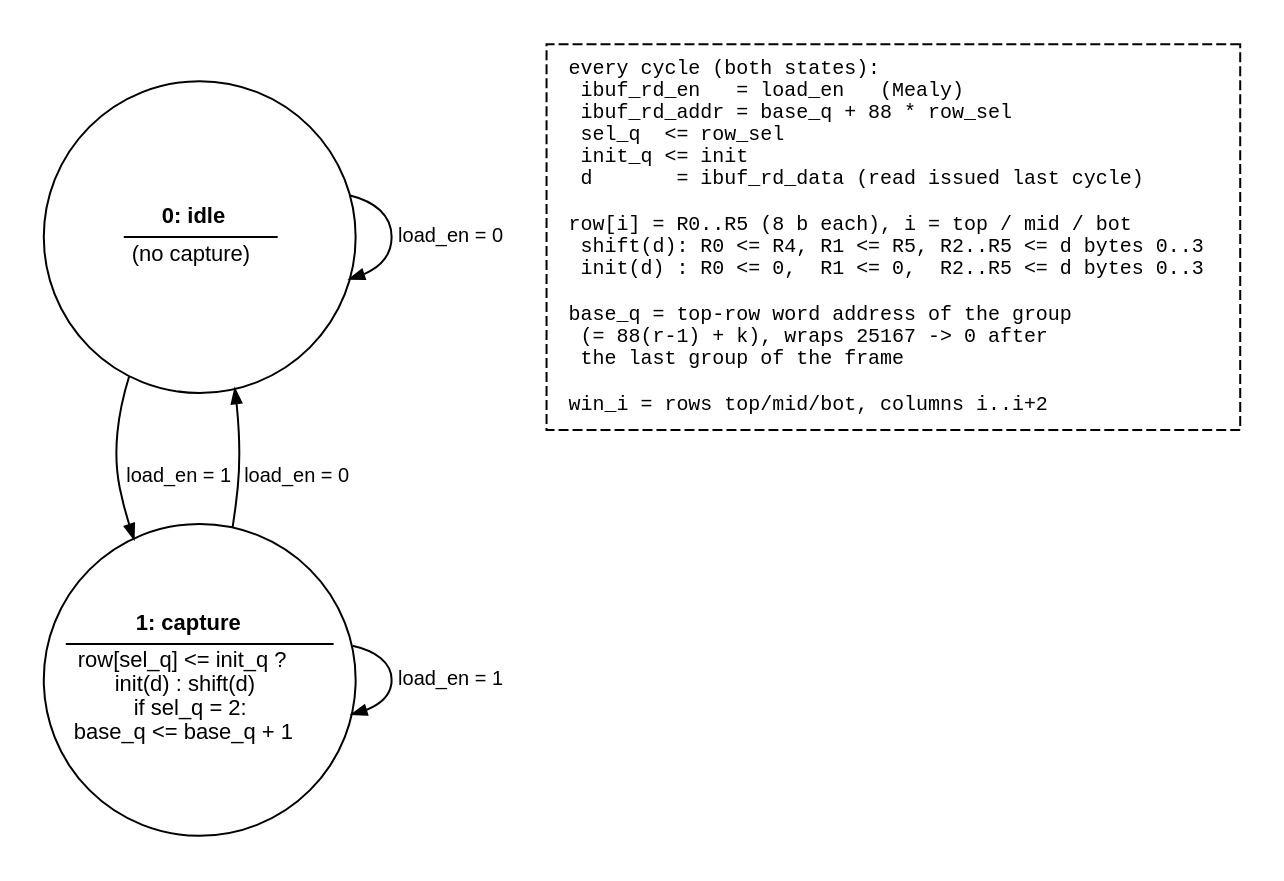
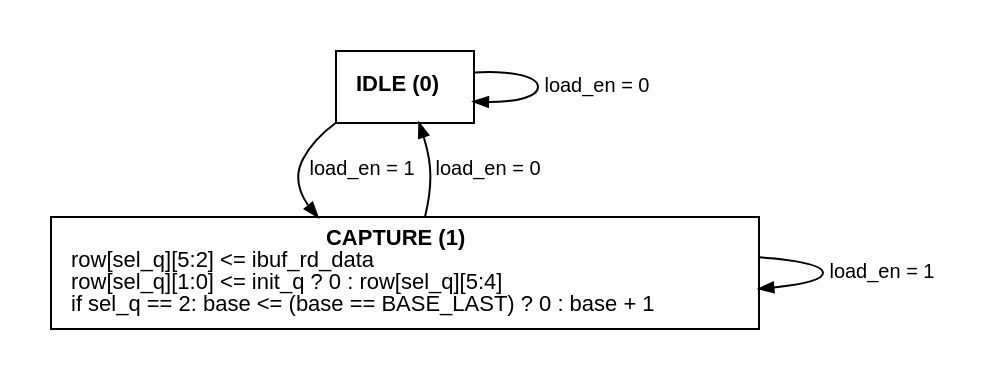
Before and after one commit to denizlg24/02203_assignement_2: the diagram in report/figures/loader_fsm.dot, drawn with Graphviz. The commit also changed 25 other files, not shown here.

Commit message:
re-make figures after zero row removal

```diff
--- a/report/figures/loader_fsm.dot
+++ b/report/figures/loader_fsm.dot
@@ -1,15 +1,11 @@
 digraph loader_fsm {
-    graph [bgcolor="white", splines=true, outputorder=nodesfirst, pad=0.2];
-    node [shape=circle, fixedsize=true, width=2.167, fontname="Helvetica", fontsize=11];
+    graph [bgcolor="white", rankdir=TB, pad=0.25, nodesep=0.45, ranksep=0.5];
+    node [fontname="Helvetica", fontsize=11, margin="0.14,0.09"];
     edge [fontname="Helvetica", fontsize=10, arrowsize=0.7];
-
-    // Moore outputs (=) and register transfers (<=) below the divider
-    s0 [label=<<TABLE BORDER="0" CELLBORDER="0" CELLSPACING="2"><TR><TD><B>0: idle</B></TD></TR><HR/><TR><TD>(no capture)</TD></TR></TABLE>>, pos="0.0,388.0"];
-    s1 [label=<<TABLE BORDER="0" CELLBORDER="0" CELLSPACING="2"><TR><TD><B>1: capture</B></TD></TR><HR/><TR><TD>row[sel_q] &lt;= init_q ?<BR/>init(d) : shift(d)<BR/>if sel_q = 2:<BR/>base_q &lt;= base_q + 1</TD></TR></TABLE>>, pos="0.0,118.0"];
-    note0 [shape=box, fixedsize=false, style=dashed, fontsize=10, fontname="Courier", margin="0.15,0.1", label="every cycle (both states):\l  ibuf_rd_en   = load_en   (Mealy)\l  ibuf_rd_addr = base_q + 88 * row_sel\l  sel_q  <= row_sel\l  init_q <= init\l  d       = ibuf_rd_data (read issued last cycle)\l\lrow[i] = R0..R5 (8 b each), i = top / mid / bot\l  shift(d): R0 <= R4, R1 <= R5, R2..R5 <= d bytes 0..3\l  init(d) : R0 <= 0,  R1 <= 0,  R2..R5 <= d bytes 0..3\l\lbase_q = top-row word address of the group\l  (= 88(r-1) + k), wraps 25167 -> 0 after\l  the last group of the frame\l\lwin_i = rows top/mid/bot, columns i..i+2\l", pos="400.0,253.0"];
-
-    s0 -> s0 [pos="e,-72.3,417.2 -72.3,358.8 -129.2,301.5 -130.9,465.6 -77.6,422.1", label="load_en = 0", lp="-147.9,388.0"];
-    s0 -> s1 [pos="e,-14.0,194.7 -14.0,311.3 -14.0,311.3 -14.0,201.7 -14.0,201.7", label="load_en = 1", lp="-46.6,253.0"];
-    s1 -> s0 [pos="e,14.0,311.3 14.0,194.7 14.0,194.7 14.0,304.3 14.0,304.3", label="load_en = 0", lp="46.6,253.0"];
-    s1 -> s1 [pos="e,-72.3,147.2 -72.3,88.8 -129.2,31.5 -130.9,195.6 -77.6,152.1", label="load_en = 1", lp="-147.9,118.0"];
+    idle [shape=box, label=<<B>IDLE (0)</B>>];
+    cap [shape=box, label=<<B>CAPTURE (1)</B><BR/>row[sel_q][5:2] &lt;= ibuf_rd_data<BR ALIGN="LEFT"/>row[sel_q][1:0] &lt;= init_q ? 0 : row[sel_q][5:4]<BR ALIGN="LEFT"/>if sel_q == 2: base &lt;= (base == BASE_LAST) ? 0 : base + 1<BR ALIGN="LEFT"/>>];
+    idle -> idle [label="load_en = 0"];
+    idle -> cap [label="load_en = 1"];
+    cap -> cap [label="load_en = 1"];
+    cap -> idle [label="load_en = 0"];
 }
```
